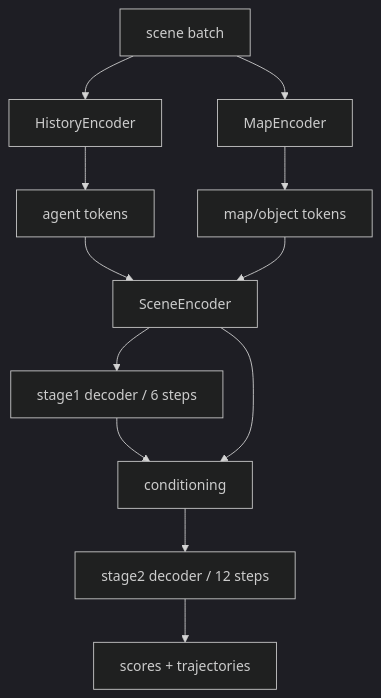
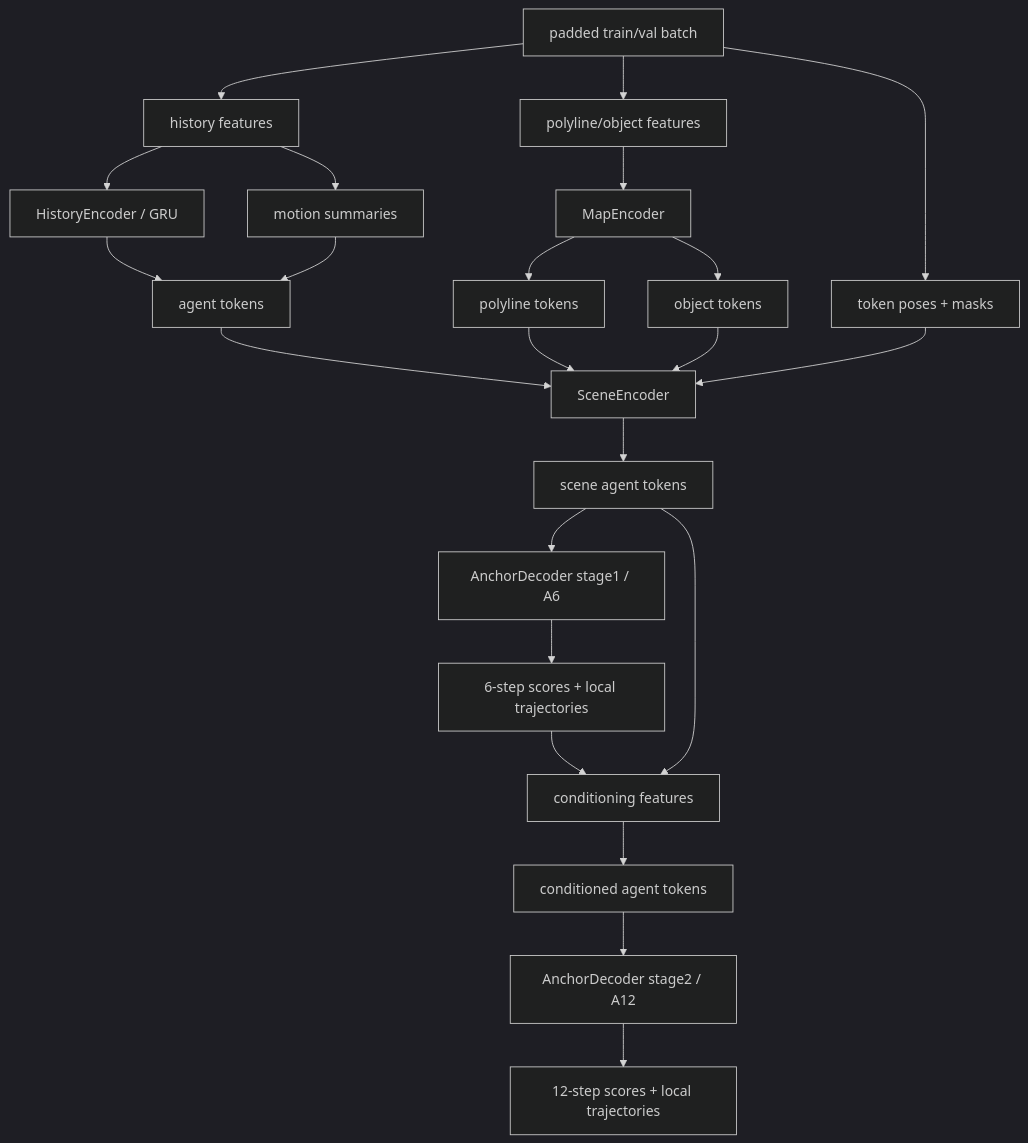
The second of 2 diagrams in README.md (alibekula/motion_nuscenes), drawn with Mermaid (dark theme) before and after one commit. The commit also changed other lines of this file, not shown here.

Commit message:
Clarify README pipeline diagrams

````diff
--- a/README.md
+++ b/README.md
@@ -62,14 +79,29 @@
 ```mermaid
 flowchart TD
-    A["scene batch"] --> B["HistoryEncoder"]
-    A --> C["MapEncoder"]
-    B --> D["agent tokens"]
-    C --> E["map/object tokens"]
-    D --> F["SceneEncoder"]
-    E --> F
-    F --> G["stage1 decoder / 6 steps"]
-    G --> H["conditioning"]
-    F --> H
-    H --> I["stage2 decoder / 12 steps"]
-    I --> J["scores + trajectories"]
+    A["padded train/val batch"] --> B["history features"]
+    A --> C["polyline/object features"]
+    A --> D["token poses + masks"]
+
+    B --> E["HistoryEncoder / GRU"]
+    B --> F["motion summaries"]
+    E --> G["agent tokens"]
+    F --> G
+
+    C --> H["MapEncoder"]
+    H --> I["polyline tokens"]
+    H --> J["object tokens"]
+
+    G --> K["SceneEncoder"]
+    I --> K
+    J --> K
+    D --> K
+    K --> L["scene agent tokens"]
+
+    L --> M["AnchorDecoder stage1 / A6"]
+    M --> N["6-step scores + local trajectories"]
+    N --> O["conditioning features"]
+    L --> O
+    O --> P["conditioned agent tokens"]
+    P --> Q["AnchorDecoder stage2 / A12"]
+    Q --> R["12-step scores + local trajectories"]
 ```
````
